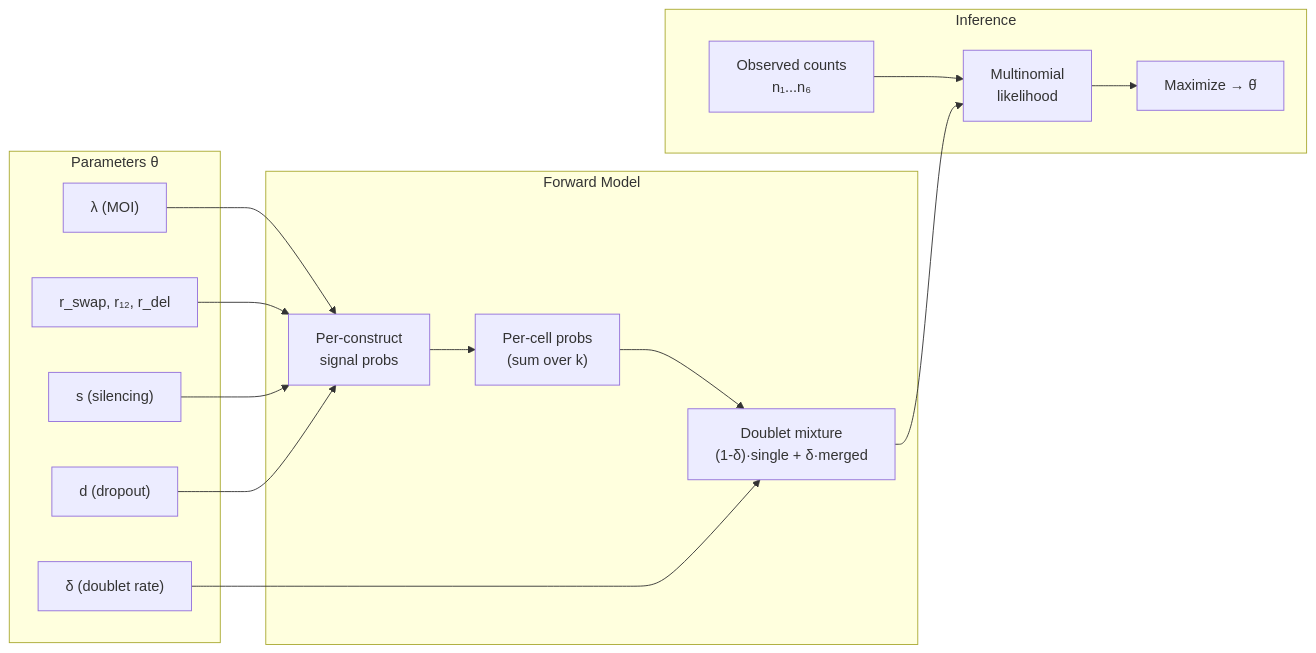
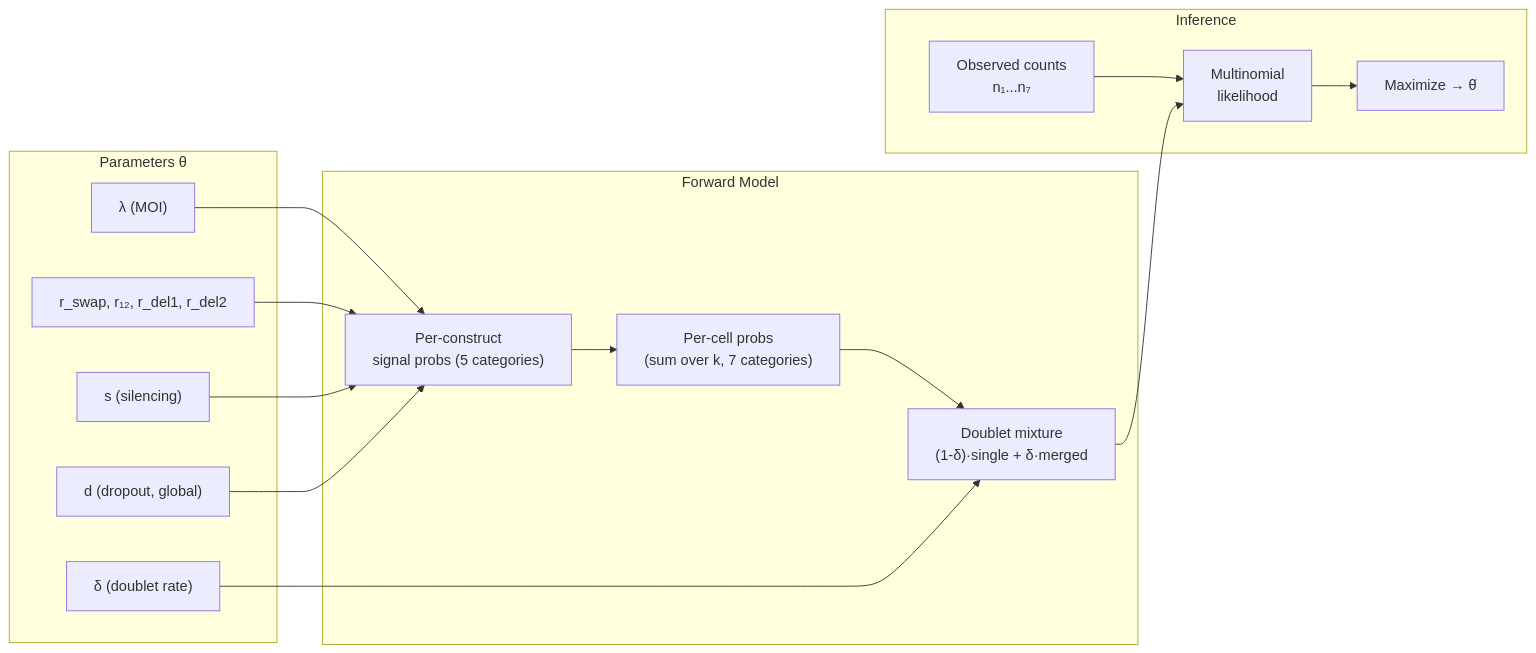
One commit to jhjiang2020/CSM_ccperturbseq changed the diagram in QC_recombination_model.md. Above: the diagram before and after it, drawn with Mermaid. The commit also changed other lines of this file and 9 other files, not shown here.

````diff
--- a/QC_recombination_model.md
+++ b/QC_recombination_model.md
@@ -13,21 +13,21 @@
 ```mermaid
 graph LR
     subgraph "Parameters θ"
         P1["λ (MOI)"]
-        P2["r_swap, r₁₂, r_del"]
+        P2["r_swap, r₁₂, r_del1, r_del2"]
         P3["s (silencing)"]
-        P4["d (dropout)"]
+        P4["d (dropout, global)"]
         P5["δ (doublet rate)"]
     end
     subgraph "Forward Model"
-        F1["Per-construct<br/>signal probs"] --> F2["Per-cell probs<br/>(sum over k)"]
+        F1["Per-construct<br/>signal probs (5 categories)"] --> F2["Per-cell probs<br/>(sum over k, 7 categories)"]
         F2 --> F3["Doublet mixture<br/>(1-δ)·single + δ·merged"]
     end
     subgraph "Inference"
-        O["Observed counts<br/>n₁...n₆"] --> L["Multinomial<br/>likelihood"]
+        O["Observed counts<br/>n₁...n₇"] --> L["Multinomial<br/>likelihood"]
         F3 --> L
         L --> MLE["Maximize → θ̂"]
     end
     P1 & P2 & P3 & P4 --> F1
     P5 --> F3
 ```
````
